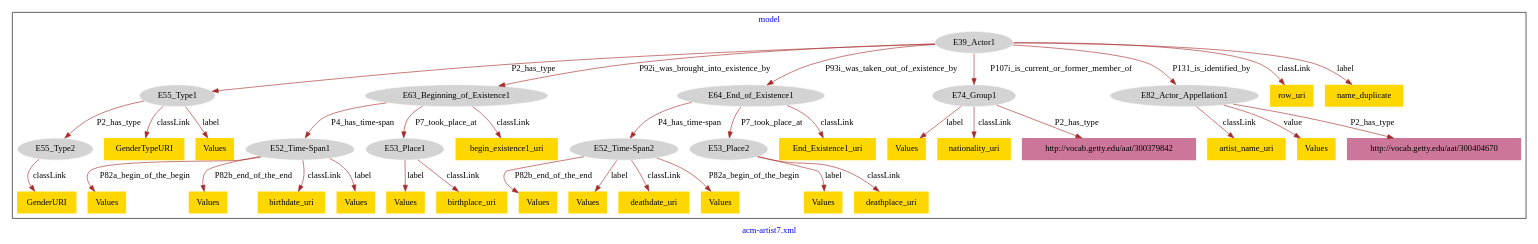
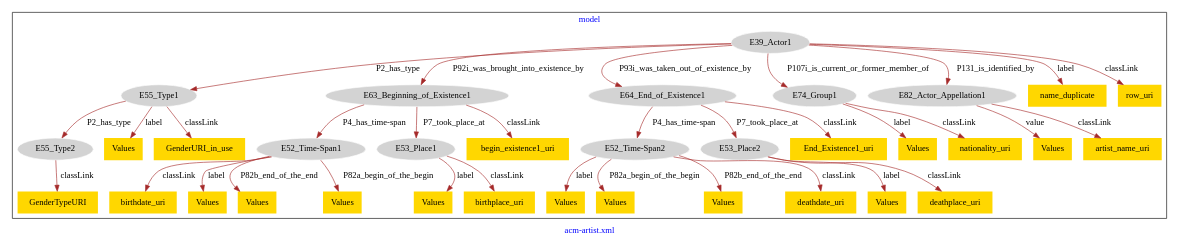
Before and after one commit to american-art/acm: the diagram in acm-artist/acm-artist-model.dot, drawn with Graphviz.

Commit message:
Update file acm-artist-model.dot

```diff
--- a/acm-artist/acm-artist-model.dot
+++ b/acm-artist/acm-artist-model.dot
@@ -1,79 +1,75 @@
 digraph n0 {
 fontcolor="blue"
 remincross="true"
-label="acm-artist7.xml"
+label="acm-artist.xml"
 subgraph cluster {
 label="model"
 n2[style="filled",color="white",fillcolor="lightgray",label="E39_Actor1"];
 n3[style="filled",color="white",fillcolor="lightgray",label="E55_Type1"];
 n4[style="filled",color="white",fillcolor="lightgray",label="E63_Beginning_of_Existence1"];
 n5[style="filled",color="white",fillcolor="lightgray",label="E64_End_of_Existence1"];
 n6[style="filled",color="white",fillcolor="lightgray",label="E74_Group1"];
 n7[style="filled",color="white",fillcolor="lightgray",label="E82_Actor_Appellation1"];
 n8[style="filled",color="white",fillcolor="lightgray",label="E55_Type2"];
 n9[style="filled",color="white",fillcolor="lightgray",label="E52_Time-Span1"];
 n10[style="filled",color="white",fillcolor="lightgray",label="E53_Place1"];
 n11[style="filled",color="white",fillcolor="lightgray",label="E52_Time-Span2"];
 n12[style="filled",color="white",fillcolor="lightgray",label="E53_Place2"];
 n13[shape="plaintext",style="filled",fillcolor="gold",label="Values"];
 n14[shape="plaintext",style="filled",fillcolor="gold",label="Values"];
-n15[shape="plaintext",style="filled",fillcolor="gold",label="artist_name_uri"];
-n16[shape="plaintext",style="filled",fillcolor="gold",label="GenderTypeURI"];
-n17[shape="plaintext",style="filled",fillcolor="gold",label="Values"];
-n18[shape="plaintext",style="filled",fillcolor="gold",label="Values"];
-n19[shape="plaintext",style="filled",fillcolor="gold",label="row_uri"];
+n15[shape="plaintext",style="filled",fillcolor="gold",label="Values"];
+n16[shape="plaintext",style="filled",fillcolor="gold",label="nationality_uri"];
+n17[shape="plaintext",style="filled",fillcolor="gold",label="birthdate_uri"];
+n18[shape="plaintext",style="filled",fillcolor="gold",label="name_duplicate"];
+n19[shape="plaintext",style="filled",fillcolor="gold",label="Values"];
 n20[shape="plaintext",style="filled",fillcolor="gold",label="Values"];
 n21[shape="plaintext",style="filled",fillcolor="gold",label="Values"];
-n22[shape="plaintext",style="filled",fillcolor="gold",label="End_Existence1_uri"];
-n23[shape="plaintext",style="filled",fillcolor="gold",label="begin_existence1_uri"];
-n24[shape="plaintext",style="filled",fillcolor="gold",label="deathplace_uri"];
-n25[shape="plaintext",style="filled",fillcolor="gold",label="name_duplicate"];
-n26[shape="plaintext",style="filled",fillcolor="gold",label="birthdate_uri"];
+n22[shape="plaintext",style="filled",fillcolor="gold",label="Values"];
+n23[shape="plaintext",style="filled",fillcolor="gold",label="Values"];
+n24[shape="plaintext",style="filled",fillcolor="gold",label="Values"];
+n25[shape="plaintext",style="filled",fillcolor="gold",label="Values"];
+n26[shape="plaintext",style="filled",fillcolor="gold",label="GenderTypeURI"];
 n27[shape="plaintext",style="filled",fillcolor="gold",label="Values"];
-n28[shape="plaintext",style="filled",fillcolor="gold",label="Values"];
-n29[shape="plaintext",style="filled",fillcolor="gold",label="deathdate_uri"];
-n30[shape="plaintext",style="filled",fillcolor="gold",label="Values"];
-n31[shape="plaintext",style="filled",fillcolor="gold",label="Values"];
-n32[shape="plaintext",style="filled",fillcolor="gold",label="birthplace_uri"];
-n33[shape="plaintext",style="filled",fillcolor="gold",label="Values"];
-n34[shape="plaintext",style="filled",fillcolor="gold",label="nationality_uri"];
-n35[shape="plaintext",style="filled",fillcolor="gold",label="GenderURI"];
-n36[shape="plaintext",style="filled",fillcolor="#CC7799",label="http://vocab.getty.edu/aat/300404670"];
-n37[shape="plaintext",style="filled",fillcolor="#CC7799",label="http://vocab.getty.edu/aat/300379842"];
+n28[shape="plaintext",style="filled",fillcolor="gold",label="GenderURI_in_use"];
+n29[shape="plaintext",style="filled",fillcolor="gold",label="deathplace_uri"];
+n30[shape="plaintext",style="filled",fillcolor="gold",label="deathdate_uri"];
+n31[shape="plaintext",style="filled",fillcolor="gold",label="birthplace_uri"];
+n32[shape="plaintext",style="filled",fillcolor="gold",label="End_Existence1_uri"];
+n33[shape="plaintext",style="filled",fillcolor="gold",label="begin_existence1_uri"];
+n34[shape="plaintext",style="filled",fillcolor="gold",label="artist_name_uri"];
+n35[shape="plaintext",style="filled",fillcolor="gold",label="row_uri"];
 }
 n2 -> n3[color="brown",fontcolor="black",label="P2_has_type"]
 n2 -> n4[color="brown",fontcolor="black",label="P92i_was_brought_into_existence_by"]
 n2 -> n5[color="brown",fontcolor="black",label="P93i_was_taken_out_of_existence_by"]
 n2 -> n6[color="brown",fontcolor="black",label="P107i_is_current_or_former_member_of"]
 n2 -> n7[color="brown",fontcolor="black",label="P131_is_identified_by"]
 n3 -> n8[color="brown",fontcolor="black",label="P2_has_type"]
 n4 -> n9[color="brown",fontcolor="black",label="P4_has_time-span"]
 n4 -> n10[color="brown",fontcolor="black",label="P7_took_place_at"]
 n5 -> n11[color="brown",fontcolor="black",label="P4_has_time-span"]
 n5 -> n12[color="brown",fontcolor="black",label="P7_took_place_at"]
-n11 -> n13[color="brown",fontcolor="black",label="P82b_end_of_the_end"]
-n11 -> n14[color="brown",fontcolor="black",label="label"]
-n7 -> n15[color="brown",fontcolor="black",label="classLink"]
-n3 -> n16[color="brown",fontcolor="black",label="classLink"]
-n9 -> n17[color="brown",fontcolor="black",label="P82a_begin_of_the_begin"]
-n7 -> n18[color="brown",fontcolor="black",label="value"]
-n2 -> n19[color="brown",fontcolor="black",label="classLink"]
-n12 -> n20[color="brown",fontcolor="black",label="label"]
-n9 -> n21[color="brown",fontcolor="black",label="P82b_end_of_the_end"]
-n5 -> n22[color="brown",fontcolor="black",label="classLink"]
-n4 -> n23[color="brown",fontcolor="black",label="classLink"]
-n12 -> n24[color="brown",fontcolor="black",label="classLink"]
-n2 -> n25[color="brown",fontcolor="black",label="label"]
-n9 -> n26[color="brown",fontcolor="black",label="classLink"]
+n11 -> n13[color="brown",fontcolor="black",label="label"]
+n11 -> n14[color="brown",fontcolor="black",label="P82a_begin_of_the_begin"]
+n6 -> n15[color="brown",fontcolor="black",label="label"]
+n6 -> n16[color="brown",fontcolor="black",label="classLink"]
+n9 -> n17[color="brown",fontcolor="black",label="classLink"]
+n2 -> n18[color="brown",fontcolor="black",label="label"]
+n9 -> n19[color="brown",fontcolor="black",label="label"]
+n11 -> n20[color="brown",fontcolor="black",label="P82b_end_of_the_end"]
+n3 -> n21[color="brown",fontcolor="black",label="label"]
+n9 -> n22[color="brown",fontcolor="black",label="P82b_end_of_the_end"]
+n7 -> n23[color="brown",fontcolor="black",label="value"]
+n12 -> n24[color="brown",fontcolor="black",label="label"]
+n9 -> n25[color="brown",fontcolor="black",label="P82a_begin_of_the_begin"]
+n8 -> n26[color="brown",fontcolor="black",label="classLink"]
 n10 -> n27[color="brown",fontcolor="black",label="label"]
-n3 -> n28[color="brown",fontcolor="black",label="label"]
-n11 -> n29[color="brown",fontcolor="black",label="classLink"]
-n9 -> n30[color="brown",fontcolor="black",label="label"]
-n11 -> n31[color="brown",fontcolor="black",label="P82a_begin_of_the_begin"]
-n10 -> n32[color="brown",fontcolor="black",label="classLink"]
-n6 -> n33[color="brown",fontcolor="black",label="label"]
-n6 -> n34[color="brown",fontcolor="black",label="classLink"]
-n8 -> n35[color="brown",fontcolor="black",label="classLink"]
-n7 -> n36[color="brown",fontcolor="black",label="P2_has_type"]
-n6 -> n37[color="brown",fontcolor="black",label="P2_has_type"]
+n3 -> n28[color="brown",fontcolor="black",label="classLink"]
+n12 -> n29[color="brown",fontcolor="black",label="classLink"]
+n11 -> n30[color="brown",fontcolor="black",label="classLink"]
+n10 -> n31[color="brown",fontcolor="black",label="classLink"]
+n5 -> n32[color="brown",fontcolor="black",label="classLink"]
+n4 -> n33[color="brown",fontcolor="black",label="classLink"]
+n7 -> n34[color="brown",fontcolor="black",label="classLink"]
+n2 -> n35[color="brown",fontcolor="black",label="classLink"]
 }
```
